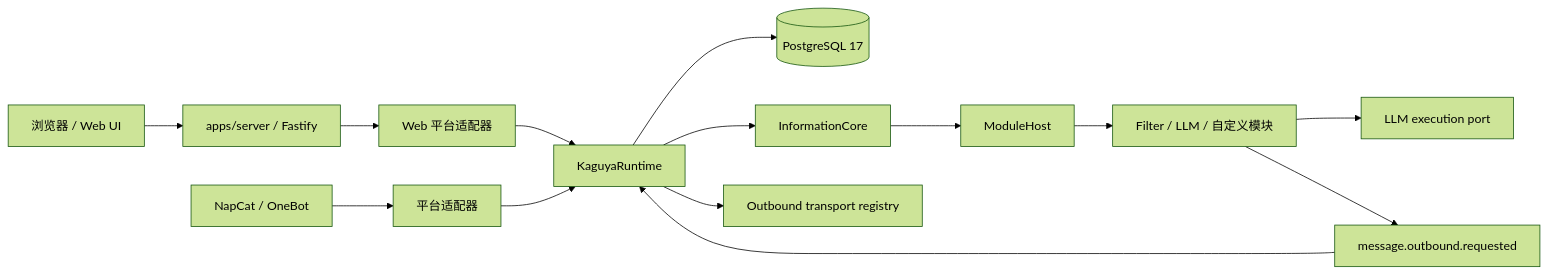
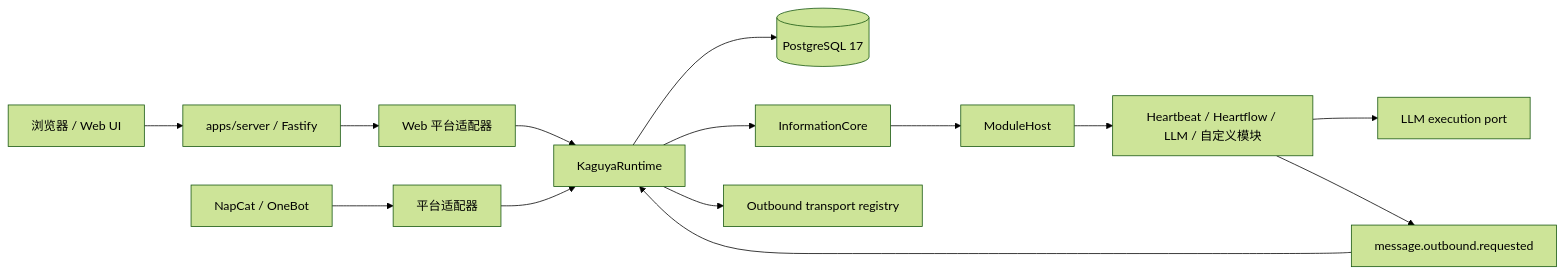
Before and after one commit to posanbu/Kaguya: the first of 2 diagrams in docs/developers/architecture.md, drawn with Mermaid (forest theme). The commit also changed other lines of this file and 40 other files, not shown here.

Commit message:
feat(modules): add information DAG heartflow (#102)

````diff
--- a/docs/developers/architecture.md
+++ b/docs/developers/architecture.md
@@ -14,16 +14,16 @@
 ```mermaid
 flowchart LR
   Browser[浏览器 / Web UI] --> Server[apps/server / Fastify]
   NapCat[NapCat / OneBot] --> Adapter[平台适配器]
   Server --> WebAdapter[Web 平台适配器]
   WebAdapter --> Runtime[KaguyaRuntime]
   Adapter --> Runtime
   Runtime --> DB[(PostgreSQL 17)]
   Runtime --> Core[InformationCore]
   Core --> Host[ModuleHost]
-  Host --> Modules[Filter / LLM / 自定义模块]
+  Host --> Modules[Heartbeat / Heartflow / LLM / 自定义模块]
   Modules --> LLM[LLM execution port]
   Modules --> Outbound[message.outbound.requested]
   Outbound --> Runtime
   Runtime --> Transport[Outbound transport registry]
 ```
````
